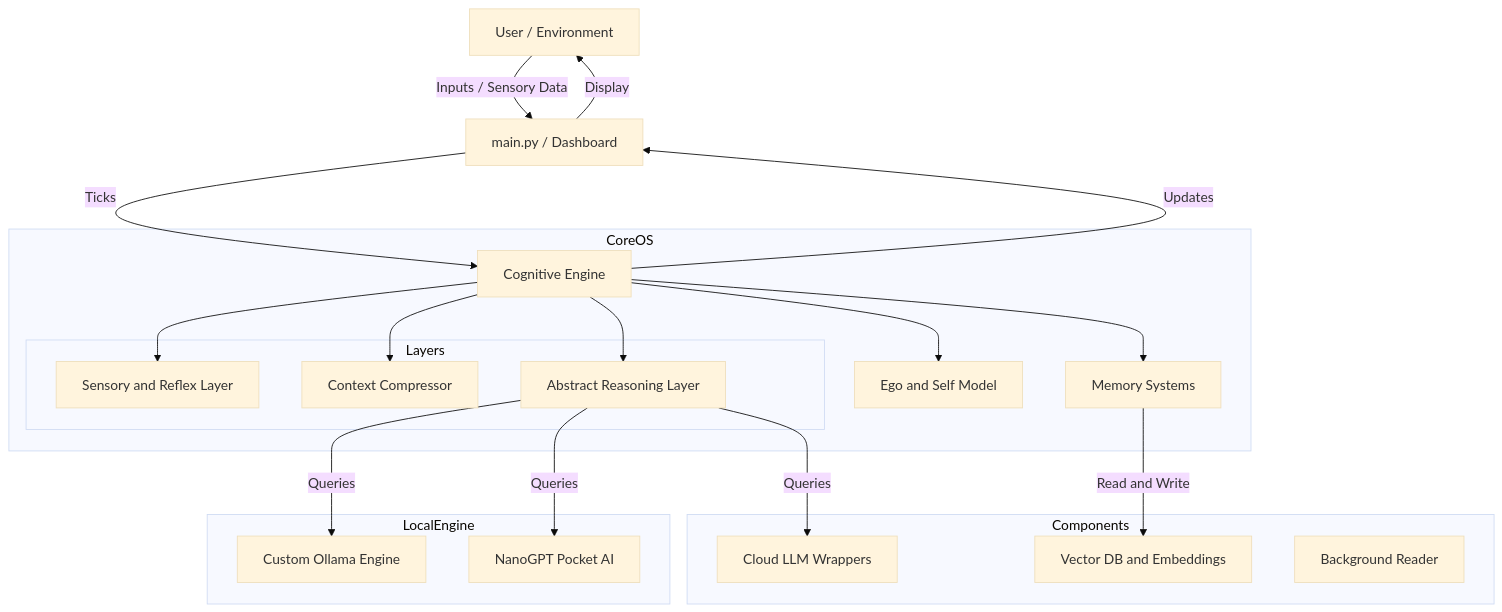
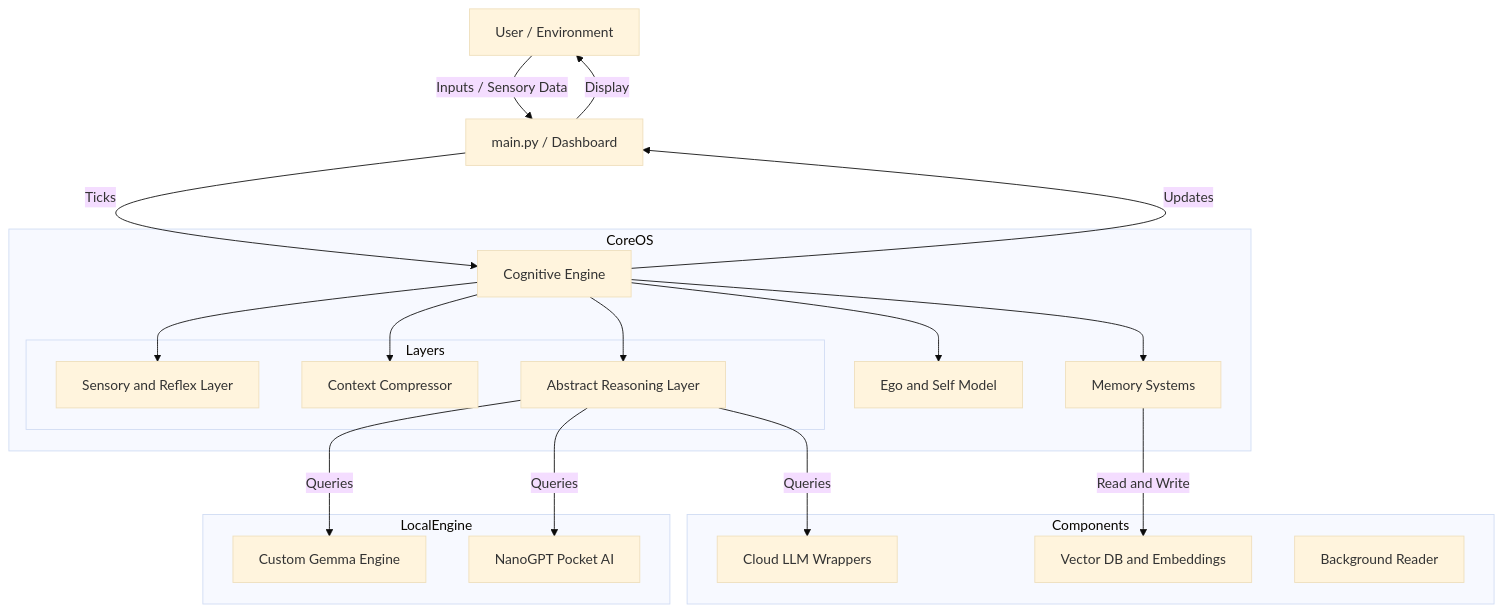
One commit to DnT1003/AI-agent-biology-memory-simulator changed the diagram in PROJECT_MAP.md. Above: the diagram before and after it, drawn with Mermaid (base theme). The commit also changed other lines of this file and 5266 other files, not shown here.

````diff
--- a/PROJECT_MAP.md
+++ b/PROJECT_MAP.md
@@ -7,44 +7,44 @@
 ```mermaid
 graph TD
     User[User / Environment]
     IO[main.py / Dashboard]
     
     User -->|Inputs / Sensory Data| IO
     IO -->|Display| User
     
     subgraph CoreOS
         CE[Cognitive Engine]
         Ego[Ego and Self Model]
         Mem[Memory Systems]
         
         subgraph Layers
             Pre[Sensory and Reflex Layer]
             Comp[Context Compressor]
             SLM[Abstract Reasoning Layer]
         end
         
         CE --> Ego
         CE --> Mem
         CE --> Pre
         CE --> Comp
         CE --> SLM
     end
 
     subgraph Components
         LLM_API[Cloud LLM Wrappers]
         VDB[Vector DB and Embeddings]
         Reader[Background Reader]
     end
 
     subgraph LocalEngine
-        Ollama[Custom Ollama Engine]
+        Gemma[Custom Gemma Engine]
         NanoGPT[NanoGPT Pocket AI]
     end
 
     SLM -->|Queries| LLM_API
-    SLM -->|Queries| Ollama
+    SLM -->|Queries| Gemma
     SLM -->|Queries| NanoGPT
     Mem -->|Read and Write| VDB
     IO -->|Ticks| CE
     CE -->|Updates| IO
 ```
````
